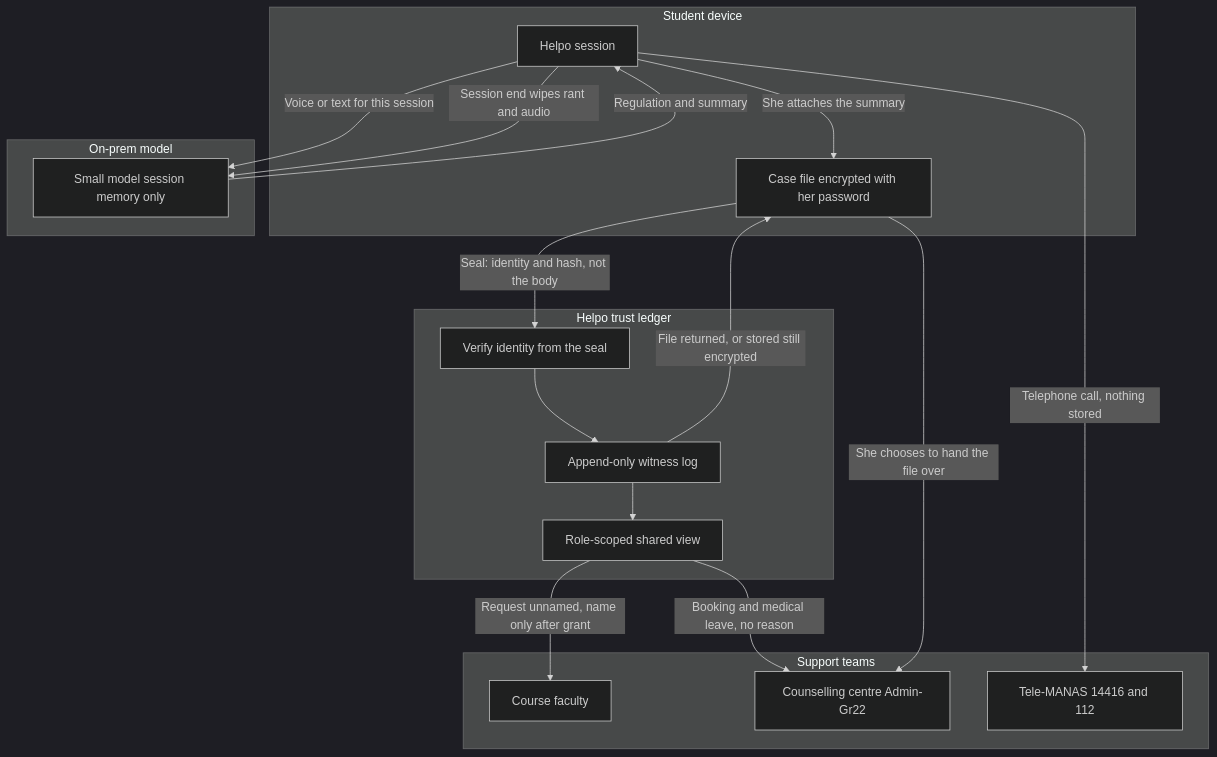
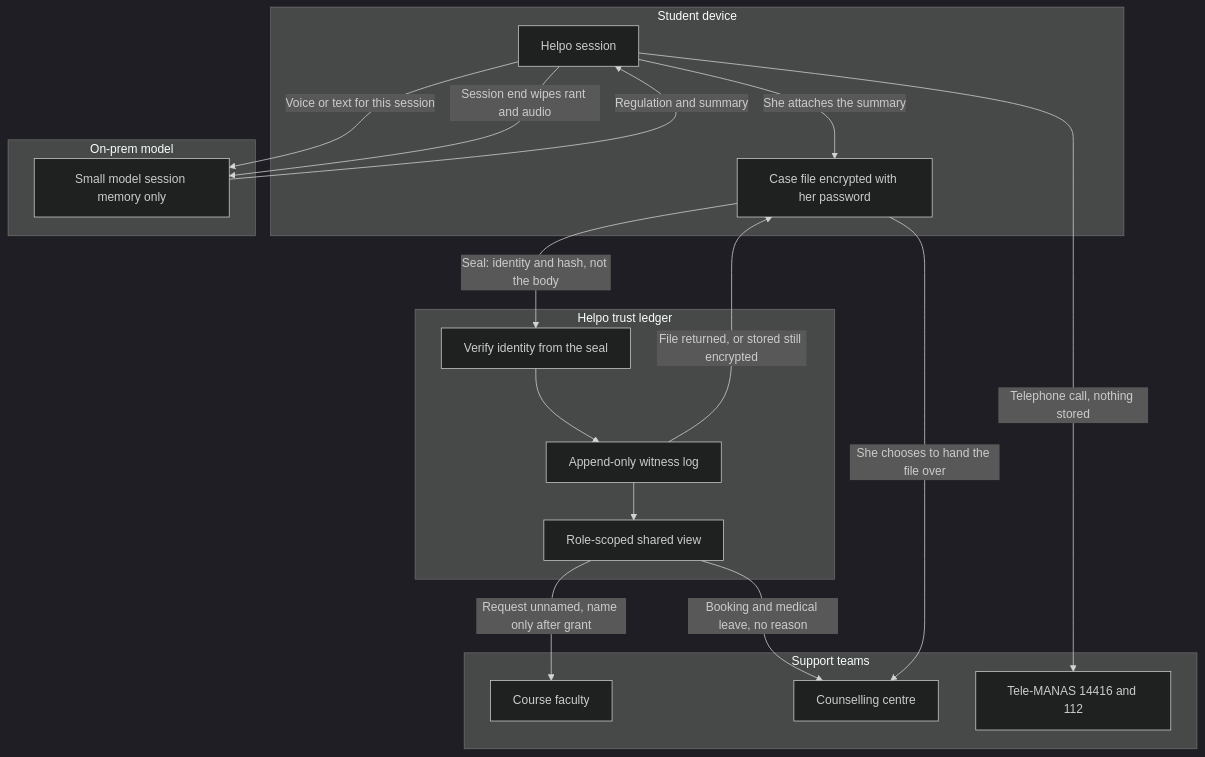
Before and after one commit to uma-iyer-24/helpo: the first of 2 diagrams in DESIGN.md, drawn with Mermaid (dark theme). The commit also changed other lines of this file and 34 other files, not shown here.

First line of the commit message:
Polish Helpo demo for pitch: UI, flows, and seed data.

````diff
--- a/DESIGN.md
+++ b/DESIGN.md
@@ -126,36 +126,36 @@
 ```mermaid
 flowchart TB
   subgraph device [Student device]
     File[Case file encrypted with her password]
     App[Helpo session]
   end
 
   subgraph ledger [Helpo trust ledger]
     Check[Verify identity from the seal]
     Log[Append-only witness log]
     View[Role-scoped shared view]
   end
 
   subgraph care [On-prem model]
     Model[Small model session memory only]
   end
 
   subgraph teams [Support teams]
     Faculty[Course faculty]
-    Centre[Counselling centre Admin-Gr22]
+    Centre[Counselling centre]
     Line[Tele-MANAS 14416 and 112]
   end
 
   File -->|Seal: identity and hash, not the body| Check
   Check --> Log
   App -->|Voice or text for this session| Model
   Model -->|Regulation and summary| App
   App -->|She attaches the summary| File
   App -->|Session end wipes rant and audio| Model
   Log --> View
   View -->|Request unnamed, name only after grant| Faculty
   View -->|Booking and medical leave, no reason| Centre
   App -->|Telephone call, nothing stored| Line
   File -->|She chooses to hand the file over| Centre
   Log -->|File returned, or stored still encrypted| File
 ```
````
